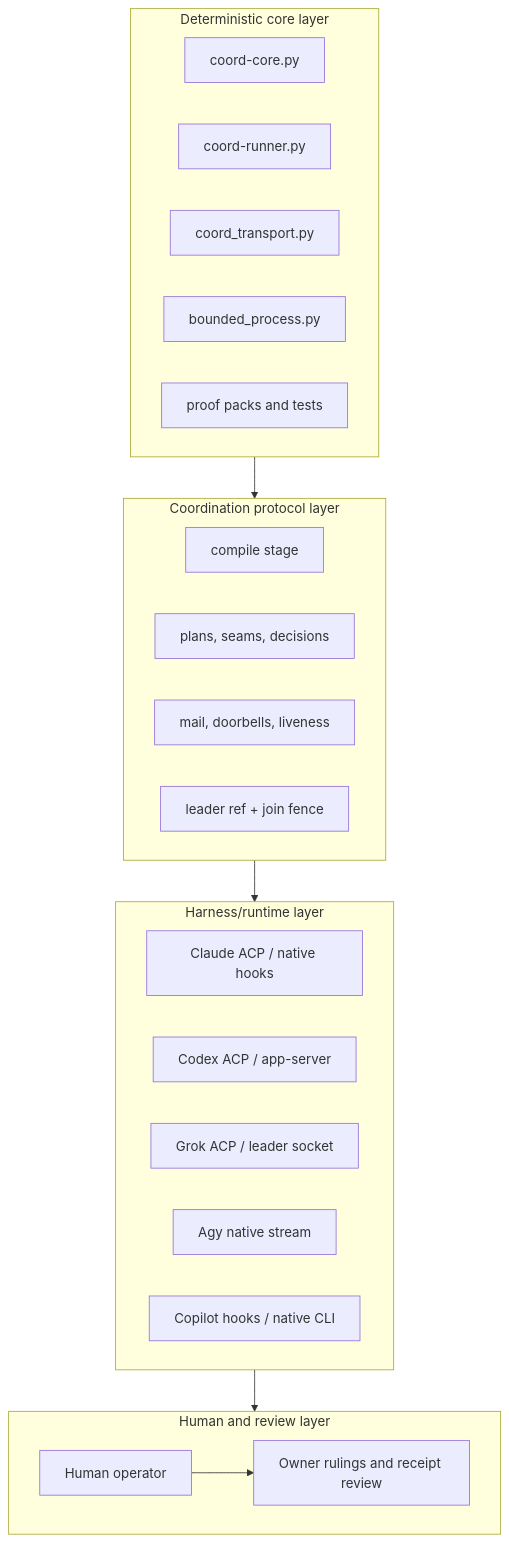
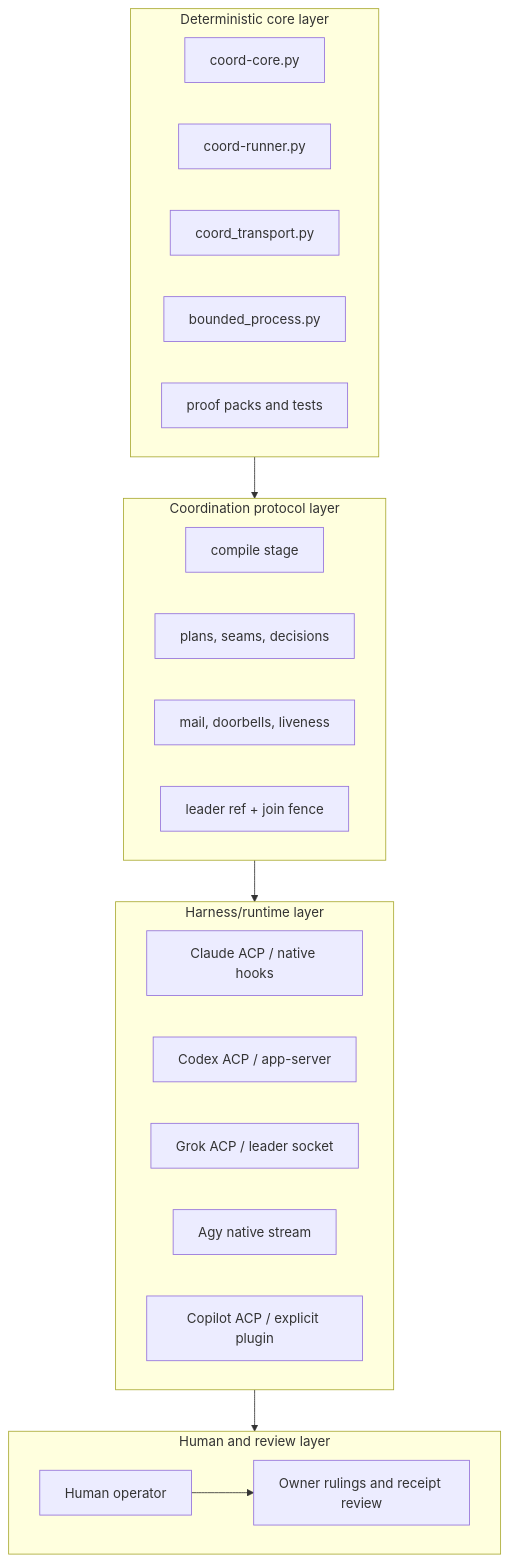
One commit to timianmalloo/ai-forward changed the fifth of 6 diagrams in docs/architecture-multi-harness-coordination.md. Above: the diagram before and after it, drawn with Mermaid. The commit also changed other lines of this file and 2 other files, not shown here.

Commit message:
docs: ground runtime diagrams and model boundaries

````diff
--- a/docs/architecture-multi-harness-coordination.md
+++ b/docs/architecture-multi-harness-coordination.md
@@ -262,27 +292,27 @@
 ```mermaid
 flowchart TB
   subgraph L4["Human and review layer"]
     H["Human operator"] --> O["Owner rulings and receipt review"]
   end
   subgraph L3["Harness/runtime layer"]
     CC["Claude ACP / native hooks"]
     CX["Codex ACP / app-server"]
     GK["Grok ACP / leader socket"]
     AG["Agy native stream"]
-    CP["Copilot hooks / native CLI"]
+    CP["Copilot ACP / explicit plugin"]
   end
   subgraph L2["Coordination protocol layer"]
     C1["compile stage"]
     C2["plans, seams, decisions"]
     C3["mail, doorbells, liveness"]
     C4["leader ref + join fence"]
   end
   subgraph L1["Deterministic core layer"]
     D1["coord-core.py"]
     D2["coord-runner.py"]
     D3["coord_transport.py"]
     D4["bounded_process.py"]
     D5["proof packs and tests"]
   end
   L1 --> L2 --> L3 --> L4
 ```
````
